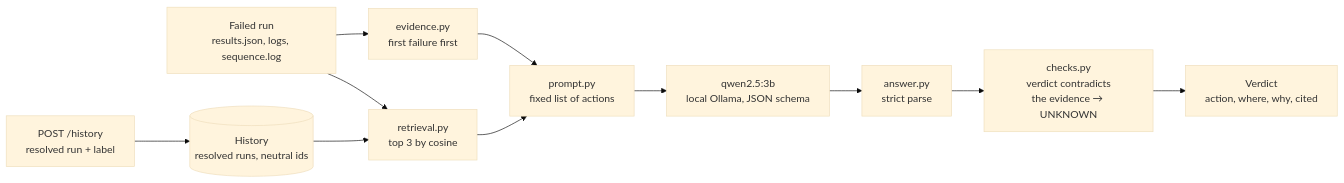
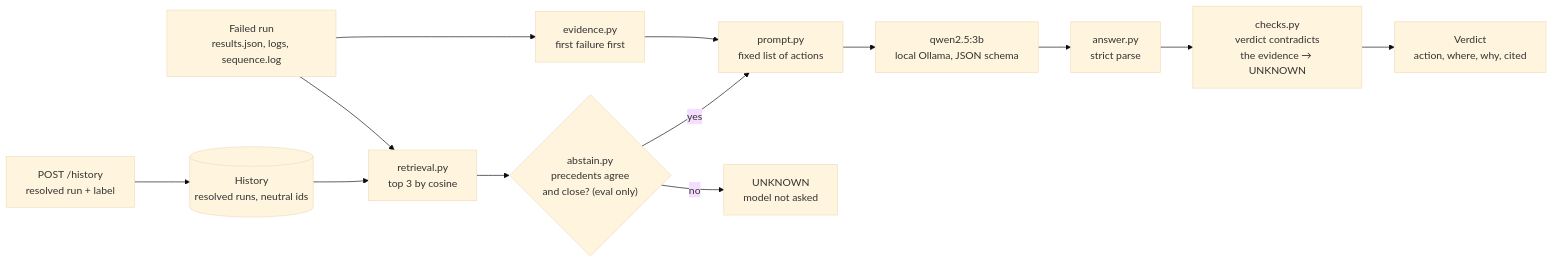
The fifth of 6 diagrams in docs/ARCHITECTURE.md (kaustubhagarwal18/virtual-rf-testbench), drawn with Mermaid (base theme) before and after one commit. The commit also changed other lines of this file and 7 other files, not shown here.

````diff
--- a/docs/ARCHITECTURE.md
+++ b/docs/ARCHITECTURE.md
@@ -212,13 +212,15 @@
 ```mermaid
 flowchart LR
     run["Failed run<br/>results.json, logs, sequence.log"] --> ev["evidence.py<br/>first failure first"]
     hist[("History<br/>resolved runs, neutral ids")] --> ret["retrieval.py<br/>top 3 by cosine"]
     run --> ret
     ev --> pr["prompt.py<br/>fixed list of actions"]
-    ret --> pr
+    ret --> gate{"abstain.py<br/>precedents agree<br/>and close? (eval only)"}
+    gate -- yes --> pr
+    gate -- no --> unk["UNKNOWN<br/>model not asked"]
     pr --> llm["qwen2.5:3b<br/>local Ollama, JSON schema"]
     llm --> an["answer.py<br/>strict parse"]
     an --> chk["checks.py<br/>verdict contradicts<br/>the evidence → UNKNOWN"]
     chk --> verdict["Verdict<br/>action, where, why, cited"]
     api["POST /history<br/>resolved run + label"] --> hist
 ```
````
